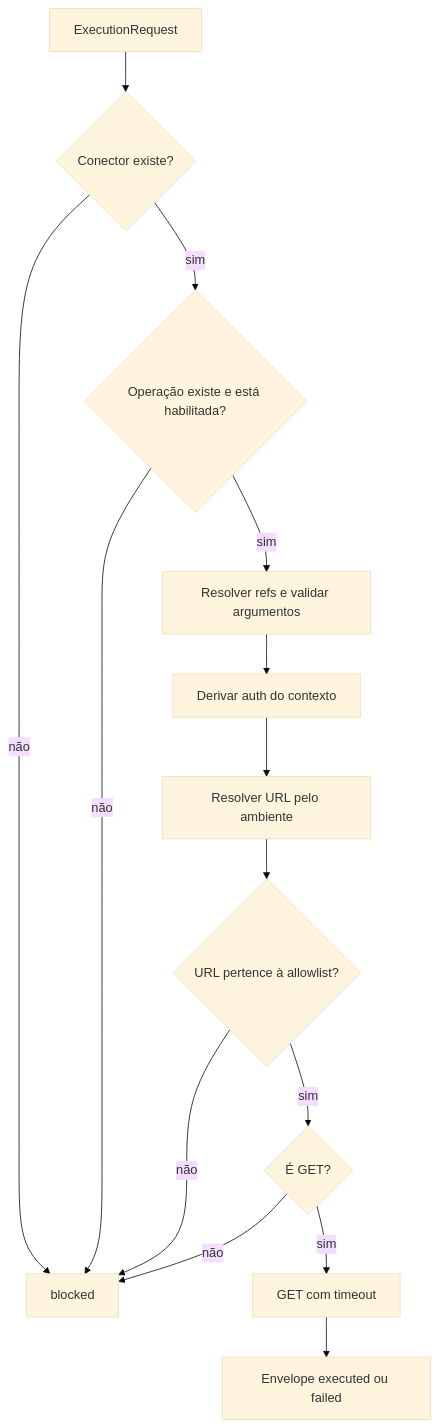
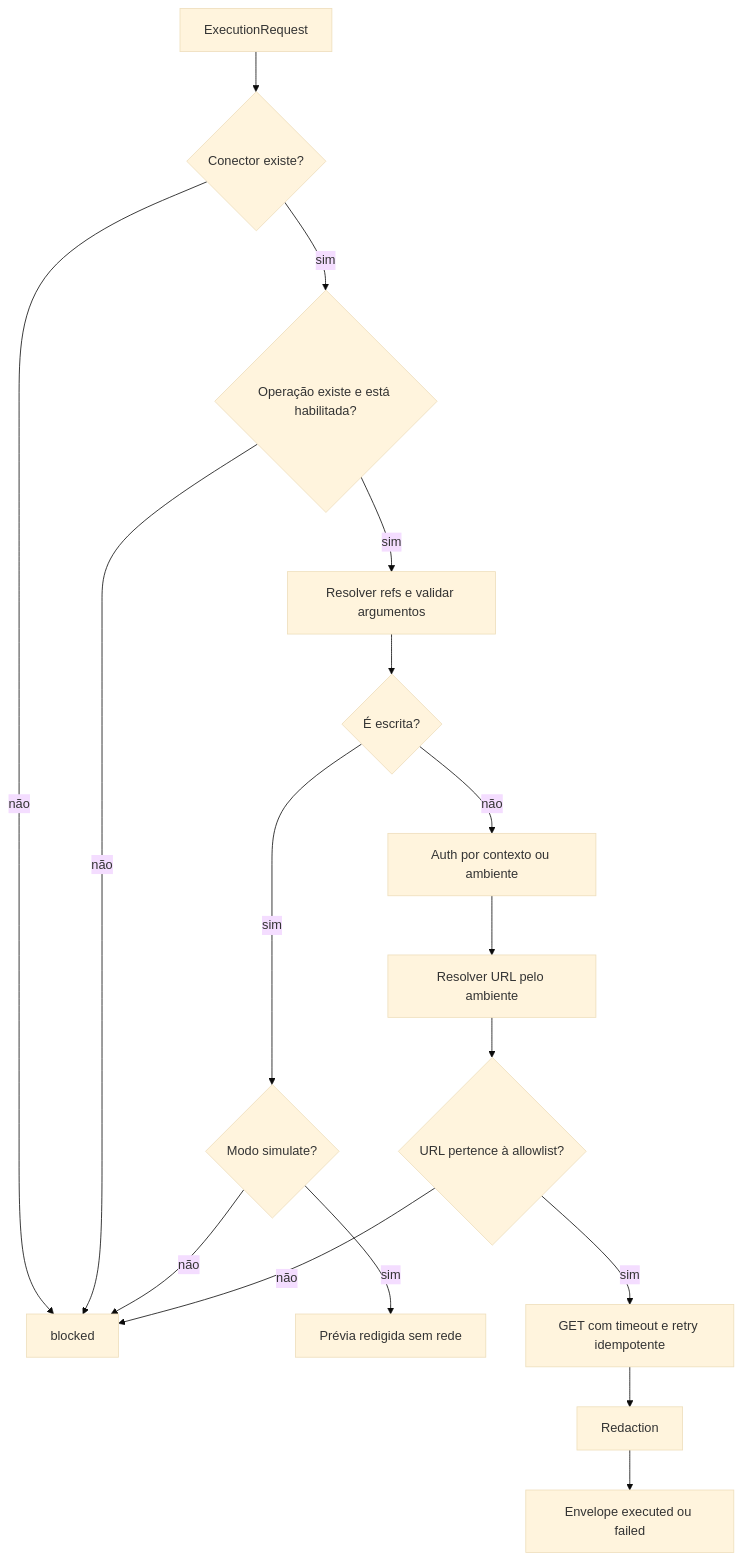
One commit to ChristianGandra21/indusguard changed the third of 3 diagrams in docs/architecture.md. Above: the diagram before and after it, drawn with Mermaid (base theme). The commit also changed other lines of this file and 10 other files, not shown here.

````diff
--- a/docs/architecture.md
+++ b/docs/architecture.md
@@ -85,16 +84,19 @@
 ```mermaid
 flowchart TD
     R[ExecutionRequest] --> C{Conector existe?}
     C -- não --> B[blocked]
     C -- sim --> O{Operação existe e está habilitada?}
     O -- não --> B
     O -- sim --> J[Resolver refs e validar argumentos]
-    J --> H[Derivar auth do contexto]
+    J --> M{É escrita?}
+    M -- sim --> S{Modo simulate?}
+    S -- sim --> P[Prévia redigida sem rede]
+    S -- não --> B
+    M -- não --> H[Auth por contexto ou ambiente]
     H --> U[Resolver URL pelo ambiente]
     U --> A{URL pertence à allowlist?}
     A -- não --> B
-    A -- sim --> M{É GET?}
-    M -- não --> B
-    M -- sim --> G[GET com timeout]
-    G --> N[Envelope executed ou failed]
+    A -- sim --> G[GET com timeout e retry idempotente]
+    G --> D[Redaction]
+    D --> N[Envelope executed ou failed]
 ```
````
